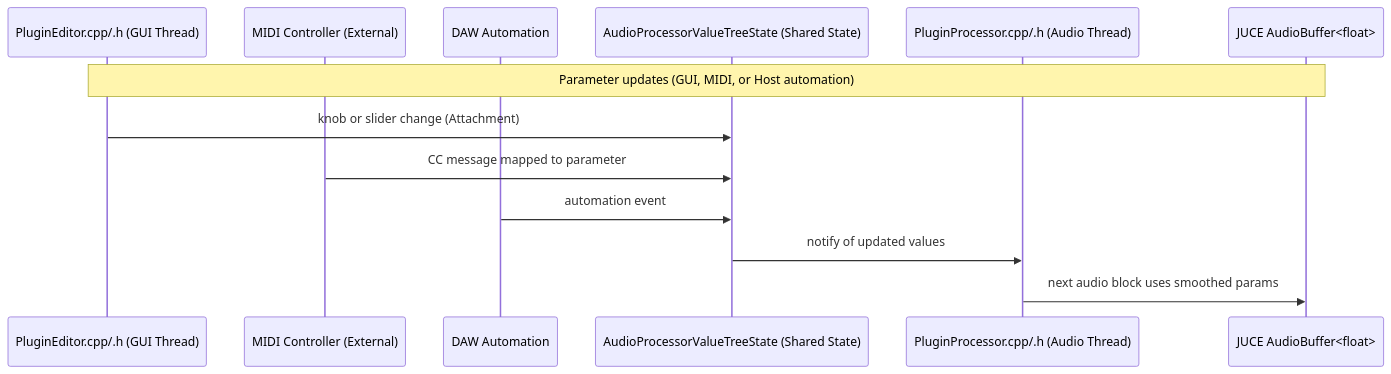
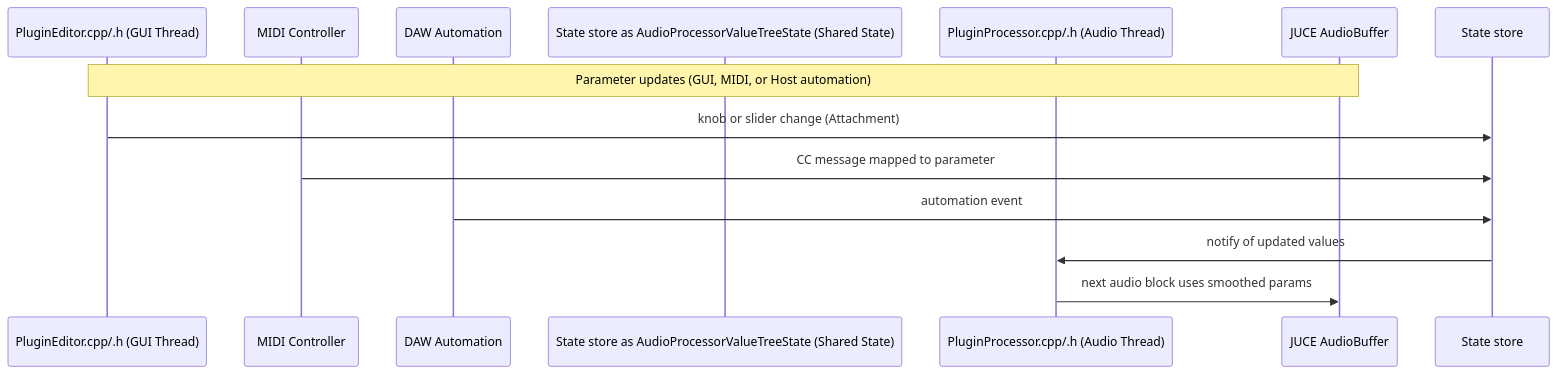
Before and after one commit to TYLERSFOSTER/MIDIControl001: the fifth of 6 diagrams in docs/architecture.md, drawn with Mermaid. The commit also changed other lines of this file, not shown here.

Commit message:
architecture.md updated

````diff
--- a/docs/architecture.md
+++ b/docs/architecture.md
@@ -157,16 +159,16 @@
 ```mermaid
 sequenceDiagram
 participant GUI as PluginEditor.cpp/.h (GUI Thread)
-participant MIDI as MIDI Controller (External)
+participant MIDI as MIDI Controller
 participant Host as DAW Automation
-participant APVTS as AudioProcessorValueTreeState (Shared State)
+participant State store as AudioProcessorValueTreeState (Shared State)
 participant PluginProcessor as PluginProcessor.cpp/.h (Audio Thread)
-participant Buffer as JUCE AudioBuffer<float>
+participant Buffer as JUCE AudioBuffer
 
 Note over GUI,Buffer: Parameter updates (GUI, MIDI, or Host automation)
-GUI->>APVTS: knob or slider change (Attachment)
-MIDI->>APVTS: CC message mapped to parameter
-Host->>APVTS: automation event
-APVTS->>PluginProcessor: notify of updated values
+GUI->>State store: knob or slider change (Attachment)
+MIDI->>State store: CC message mapped to parameter
+Host->>State store: automation event
+State store->>PluginProcessor: notify of updated values
 PluginProcessor->>Buffer: next audio block uses smoothed params
 ```
````
